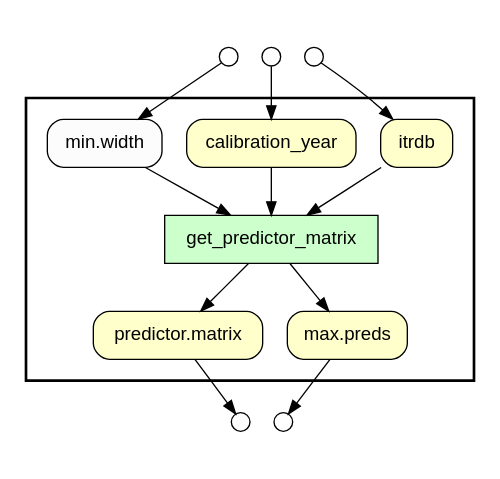
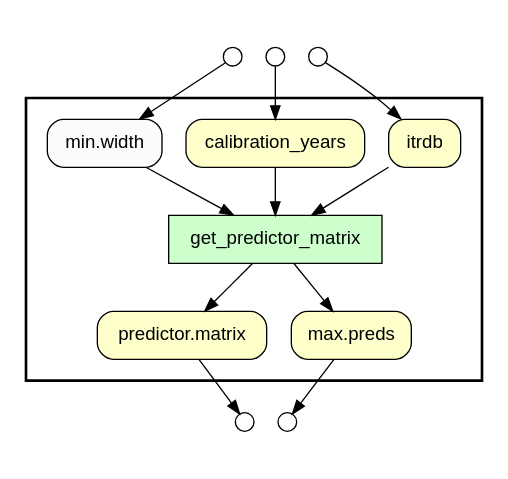
One commit to idaks/wt-prov-Summer-2017 changed the diagram in .prov_scripts/gv_files/get_predictor_matrix.gv. Above: the diagram before and after it, drawn with Graphviz. The commit also changed 121 other files, not shown here.

```diff
--- a/.prov_scripts/gv_files/get_predictor_matrix.gv
+++ b/.prov_scripts/gv_files/get_predictor_matrix.gv
@@ -1,40 +1,40 @@
 digraph Workflow {
 rankdir=TB
 fontname=Helvetica; fontsize=18; labelloc=t
 label=""
 subgraph cluster_workflow_box_outer { label=""; color=black; penwidth=2
 subgraph cluster_workflow_box_inner { label=""; penwidth=0
 node[shape=box style=filled fillcolor="#CCFFCC" peripheries=1 fontname=Helvetica]
 get_predictor_matrix
 node[shape=box style="rounded,filled" fillcolor="#FFFFCC" peripheries=1 fontname=Helvetica]
 "predictor.matrix"
 "max.preds"
 itrdb
-calibration_year
+calibration_years
 node[shape=box style="rounded,filled" fillcolor="#FCFCFC" peripheries=1 fontname=Helvetica]
 "min.width"
 get_predictor_matrix -> "predictor.matrix"
 get_predictor_matrix -> "max.preds"
 itrdb -> get_predictor_matrix
-calibration_year -> get_predictor_matrix
+calibration_years -> get_predictor_matrix
 "min.width" -> get_predictor_matrix
 }}
 subgraph cluster_input_ports_group_outer { label=""; penwidth=0
 subgraph cluster_input_ports_group_inner { label=""; penwidth=0
 node[shape=circle style="rounded,filled" fillcolor="#FFFFFF" peripheries=1 fontname=Helvetica width=0.2]
 itrdb_input_port [label=""]
-calibration_year_input_port [label=""]
+calibration_years_input_port [label=""]
 "min.width_input_port" [label=""]
 }}
 subgraph cluster_output_ports_group_outer { label=""; penwidth=0
 subgraph cluster_output_ports_group_inner { label=""; penwidth=0
 node[shape=circle style="rounded,filled" fillcolor="#FFFFFF" peripheries=1 fontname=Helvetica width=0.2]
 "predictor.matrix_output_port" [label=""]
 "max.preds_output_port" [label=""]
 }}
 itrdb_input_port -> itrdb
-calibration_year_input_port -> calibration_year
+calibration_years_input_port -> calibration_years
 "min.width_input_port" -> "min.width"
 "predictor.matrix" -> "predictor.matrix_output_port"
 "max.preds" -> "max.preds_output_port"
 }
```
